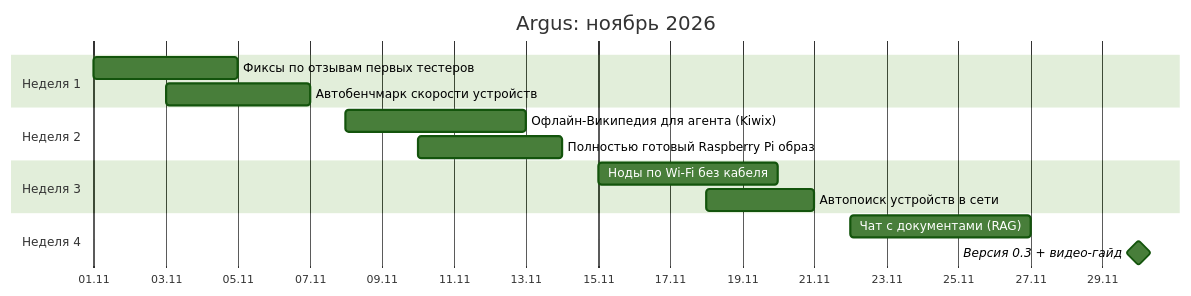
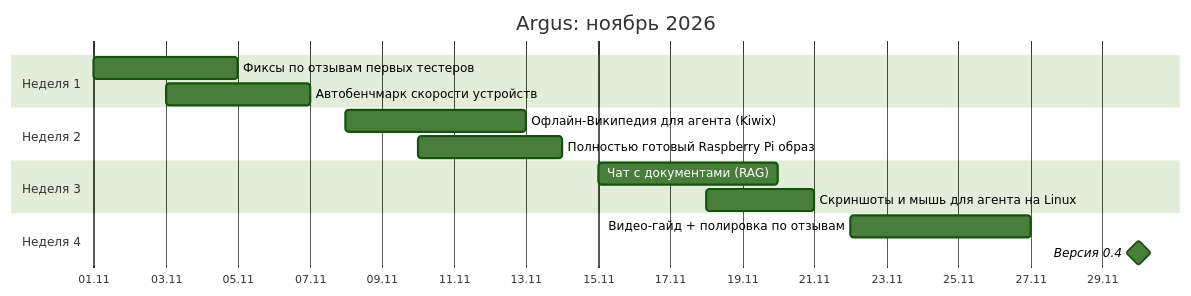
The fourth of 4 diagrams in README.md (femboy1488/Project-argus), drawn with Mermaid (forest theme) before and after one commit. The commit also changed other lines of this file and 57 other files, not shown here.

````diff
--- a/README.md
+++ b/README.md
@@ -113,18 +141,18 @@
 ```mermaid
 gantt
     title Argus: ноябрь 2026
     dateFormat YYYY-MM-DD
     axisFormat %d.%m
     section Неделя 1
     Фиксы по отзывам первых тестеров      :a1, 2026-11-01, 4d
     Автобенчмарк скорости устройств       :a2, 2026-11-03, 4d
     section Неделя 2
     Офлайн-Википедия для агента (Kiwix)   :b1, 2026-11-08, 5d
     Полностью готовый Raspberry Pi образ  :b2, 2026-11-10, 4d
     section Неделя 3
-    Ноды по Wi-Fi без кабеля              :c1, 2026-11-15, 5d
-    Автопоиск устройств в сети            :c2, 2026-11-18, 3d
+    Чат с документами (RAG)               :c1, 2026-11-15, 5d
+    Скриншоты и мышь для агента на Linux  :c2, 2026-11-18, 3d
     section Неделя 4
-    Чат с документами (RAG)               :d1, 2026-11-22, 5d
-    Версия 0.3 + видео-гайд               :milestone, d2, 2026-11-30, 0d
+    Видео-гайд + полировка по отзывам     :d1, 2026-11-22, 5d
+    Версия 0.4                            :milestone, d2, 2026-11-30, 0d
 ```
````
